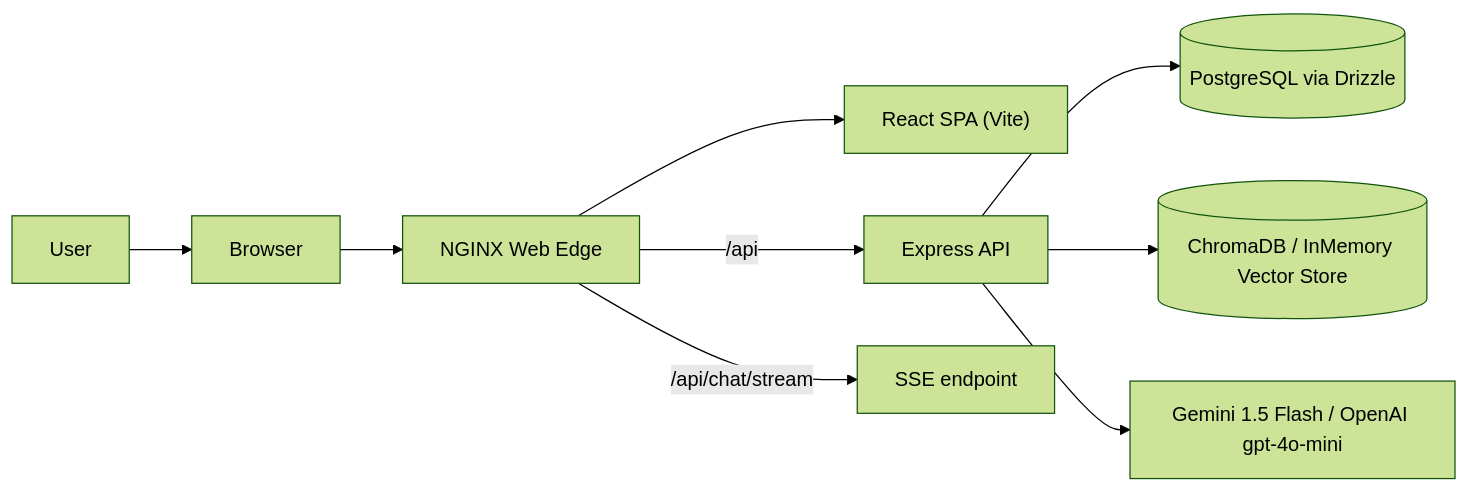
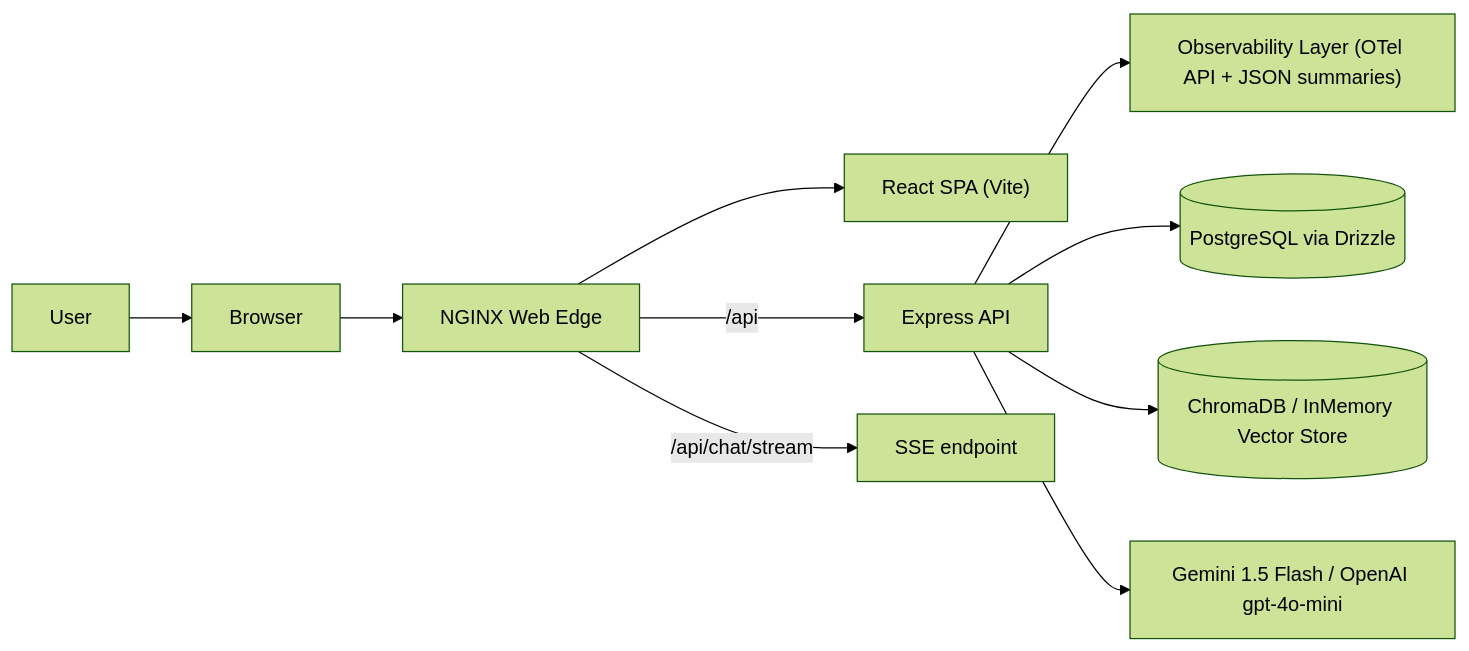
One commit to jasonjlcl/Skill-Forge- changed the first of 2 diagrams in Architecture.md. Above: the diagram before and after it, drawn with Mermaid (forest theme). The commit also changed other lines of this file and 10 other files, not shown here.

Commit message:
feat(observability): add otel metrics/tracing baseline and correlation logging

````diff
--- a/Architecture.md
+++ b/Architecture.md
@@ -9,12 +9,13 @@
 ```mermaid
 flowchart LR
   User --> Browser
   Browser --> WEB["NGINX Web Edge"]
   WEB --> SPA["React SPA (Vite)"]
   WEB -->|/api| API["Express API"]
   WEB -->|/api/chat/stream| SSE["SSE endpoint"]
+  API --> OBS["Observability Layer (OTel API + JSON summaries)"]
 
   API --> DB[("PostgreSQL via Drizzle")]
   API --> VS[("ChromaDB / InMemory Vector Store")]
   API --> LLM["Gemini 1.5 Flash / OpenAI gpt-4o-mini"]
 ```
````
